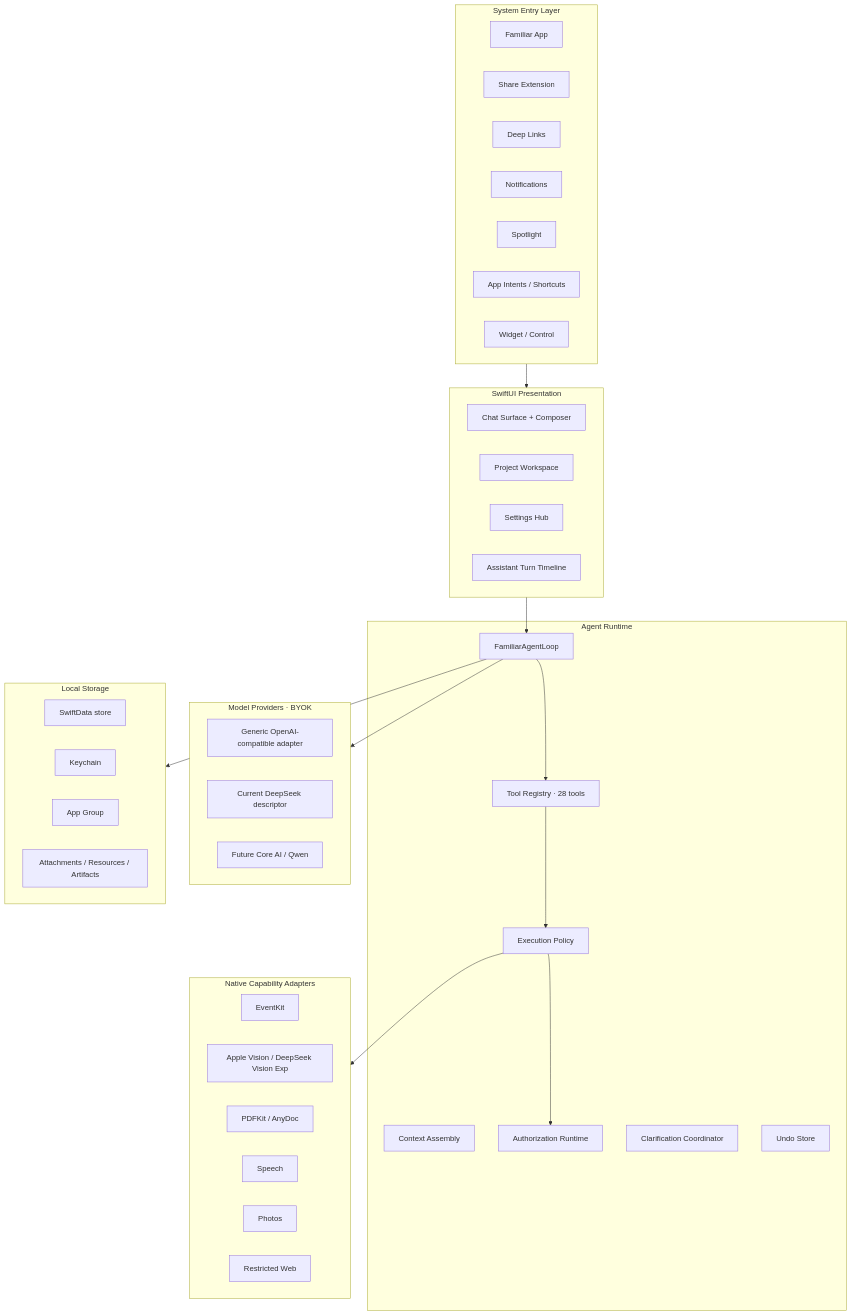
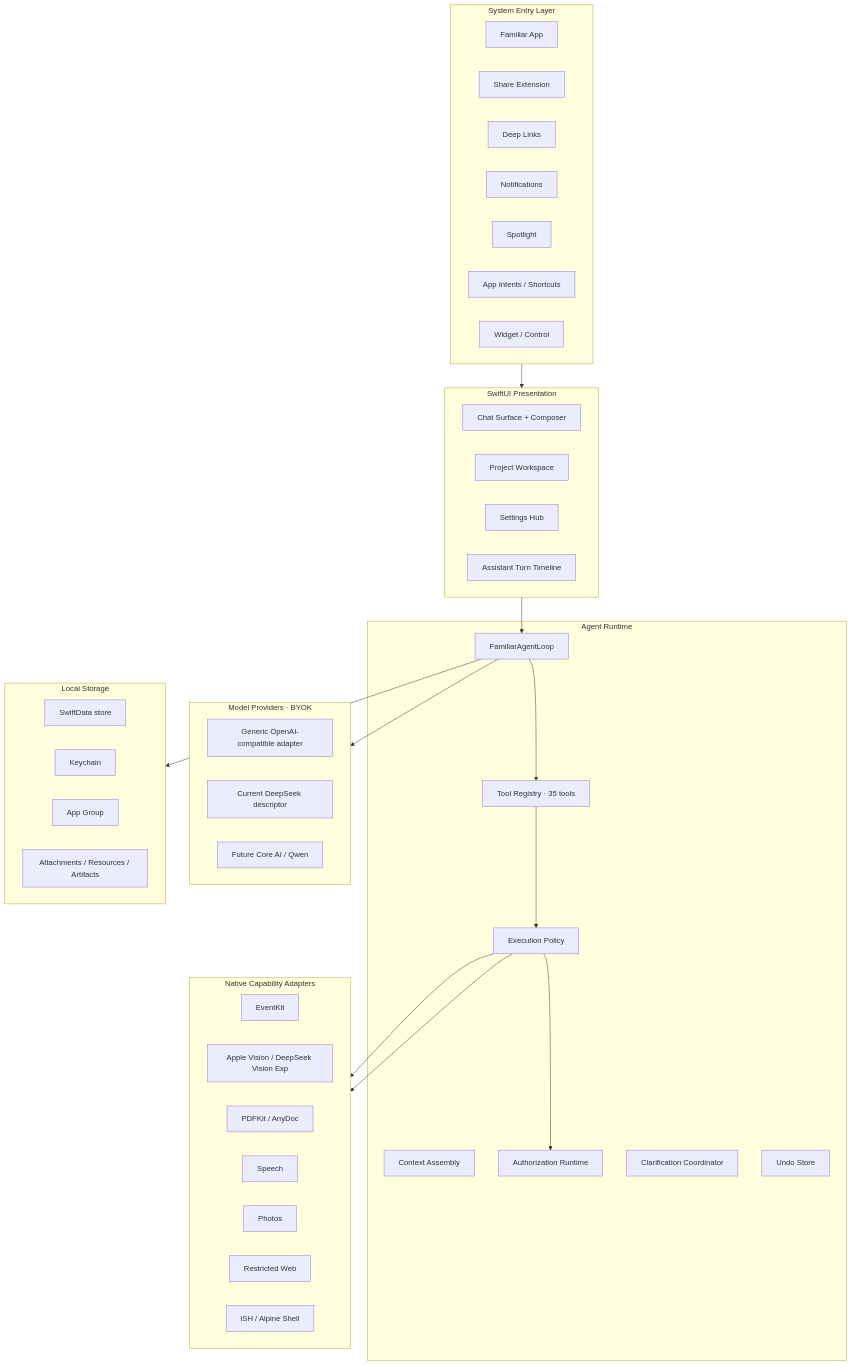
One commit to IsaacHuo/Familiar changed the first of 2 diagrams in README.md. Above: the diagram before and after it, drawn with Mermaid. The commit also changed other lines of this file and 85 other files, not shown here.

````diff
--- a/README.md
+++ b/README.md
@@ -82,65 +82,67 @@
 ```mermaid
 flowchart TB
     subgraph Entry["System Entry Layer"]
         direction LR
         App[Familiar App]
         Share[Share Extension]
         Links[Deep Links]
         Notify[Notifications]
         Spotlight[Spotlight]
         Intents[App Intents / Shortcuts]
         Widget[Widget / Control]
     end
 
     subgraph UI["SwiftUI Presentation"]
         direction LR
         Chat[Chat Surface + Composer]
         Projects[Project Workspace]
         Settings[Settings Hub]
         Timeline[Assistant Turn Timeline]
     end
 
     subgraph Runtime["Agent Runtime"]
         Loop[FamiliarAgentLoop]
         Assembly[Context Assembly]
-        Registry[Tool Registry · 28 tools]
+        Registry[Tool Registry · 35 tools]
         Policy[Execution Policy]
         Auth[Authorization Runtime]
         Clarify[Clarification Coordinator]
         Undo[Undo Store]
     end
 
     subgraph Models["Model Providers · BYOK"]
         direction LR
         Provider[Generic OpenAI-compatible adapter]
         DeepSeek[Current DeepSeek descriptor]
         CoreAI[Future Core AI / Qwen]
     end
 
     subgraph Native["Native Capability Adapters"]
         direction LR
         EventKit[EventKit]
         Vision[Apple Vision / DeepSeek Vision Exp]
         Docs[PDFKit / AnyDoc]
         Speech[Speech]
         Photos[Photos]
         Web[Restricted Web]
+        Shell[iSH / Alpine Shell]
     end
 
     subgraph Store["Local Storage"]
         direction LR
         SwiftData[SwiftData store]
         Keychain[Keychain]
         Group[App Group]
         Files[Attachments / Resources / Artifacts]
     end
 
     Entry --> UI
     UI --> Loop
     Loop --> Models
     Loop --> Registry
     Registry --> Policy
     Policy --> Auth
     Policy --> Native
+    Policy --> Shell
     Loop --> Store
 ```
````
